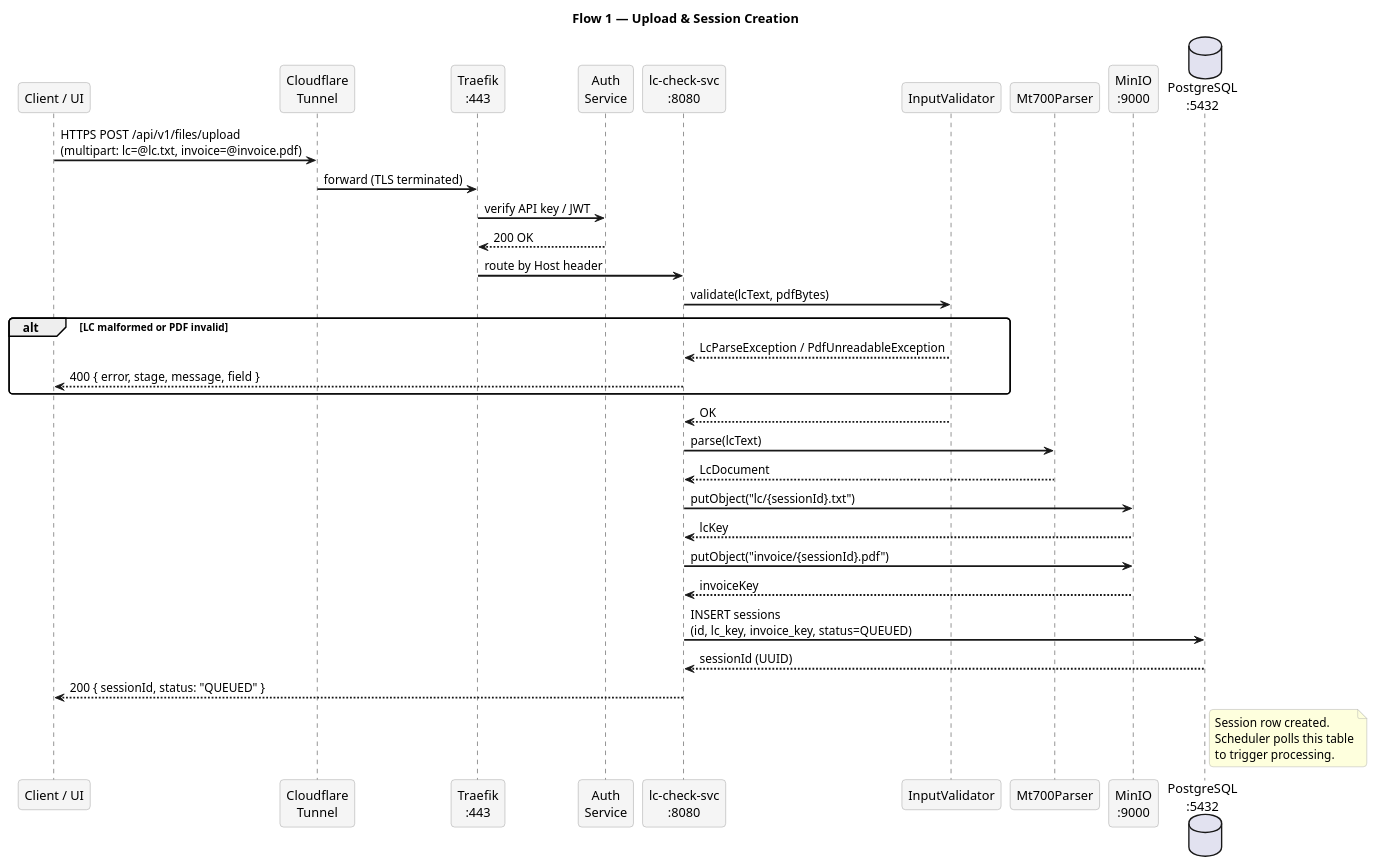
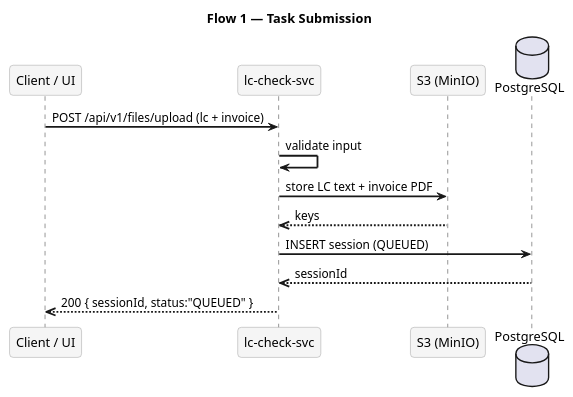
One commit to smile-rr/lc-invoice-checker changed the diagram in docs/diagrams/flow-1-upload.puml. Above: the diagram before and after it, drawn with PlantUML. The commit also changed 21 other files, not shown here.

First line of the commit message:
feat: add compliance reference data and invoice field definitions

```diff
--- a/docs/diagrams/flow-1-upload.puml
+++ b/docs/diagrams/flow-1-upload.puml
@@ -1,51 +1,21 @@
 @startuml flow-1-upload
-title Flow 1 — Upload & Session Creation
+title Flow 1 — Task Submission
 
 skinparam sequenceArrowThickness 2
 skinparam roundcorner 8
 skinparam sequenceParticipantBackgroundColor #F5F5F5
 skinparam sequenceParticipantBorderColor #999999
-skinparam noteBorderColor #AAAAAA
 
 participant "Client / UI" as C
-participant "Cloudflare\nTunnel" as CF
-participant "Traefik\n:443" as TR
-participant "Auth\nService" as AU
-participant "lc-check-svc\n:8080" as API
-participant "InputValidator" as IV
-participant "Mt700Parser" as MP
-participant "MinIO\n:9000" as S3
-database "PostgreSQL\n:5432" as DB
+participant "lc-check-svc" as API
+participant "S3 (MinIO)" as S3
+database "PostgreSQL" as DB
 
-C  -> CF  : HTTPS POST /api/v1/files/upload\n(multipart: lc=@lc.txt, invoice=@invoice.pdf)
-CF -> TR  : forward (TLS terminated)
-TR -> AU  : verify API key / JWT
-AU --> TR : 200 OK
-TR -> API : route by Host header
-API -> IV : validate(lcText, pdfBytes)
-
-alt LC malformed or PDF invalid
-    IV --> API : LcParseException / PdfUnreadableException
-    API --> C  : 400 { error, stage, message, field }
-end
-
-IV --> API : OK
-API -> MP : parse(lcText)
-MP --> API : LcDocument
-
-API -> S3  : putObject("lc/{sessionId}.txt")
-S3  --> API: lcKey
-API -> S3  : putObject("invoice/{sessionId}.pdf")
-S3  --> API: invoiceKey
-
-API -> DB  : INSERT sessions\n(id, lc_key, invoice_key, status=QUEUED)
-DB  --> API: sessionId (UUID)
-
-API --> C  : 200 { sessionId, status: "QUEUED" }
-
-note right of DB
-  Session row created.
-  Scheduler polls this table
-  to trigger processing.
-end note
+C -> API: POST /api/v1/files/upload (lc + invoice)
+API -> API: validate input
+API -> S3: store LC text + invoice PDF
+S3 -->> API: keys
+API -> DB: INSERT session (QUEUED)
+DB -->> API: sessionId
+API -->> C: 200 { sessionId, status:"QUEUED" }
 @enduml
```
